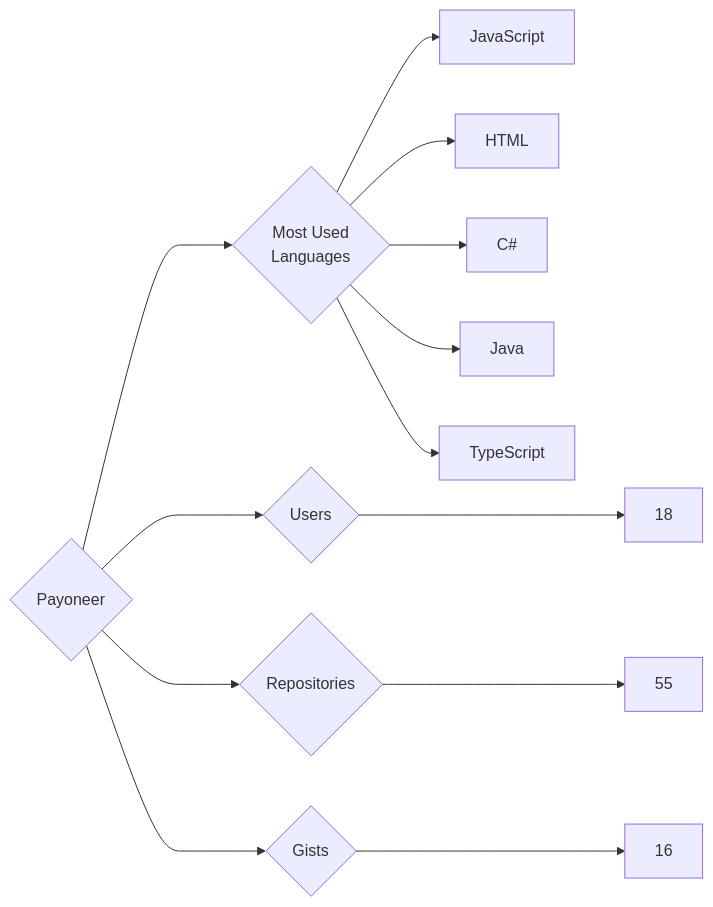
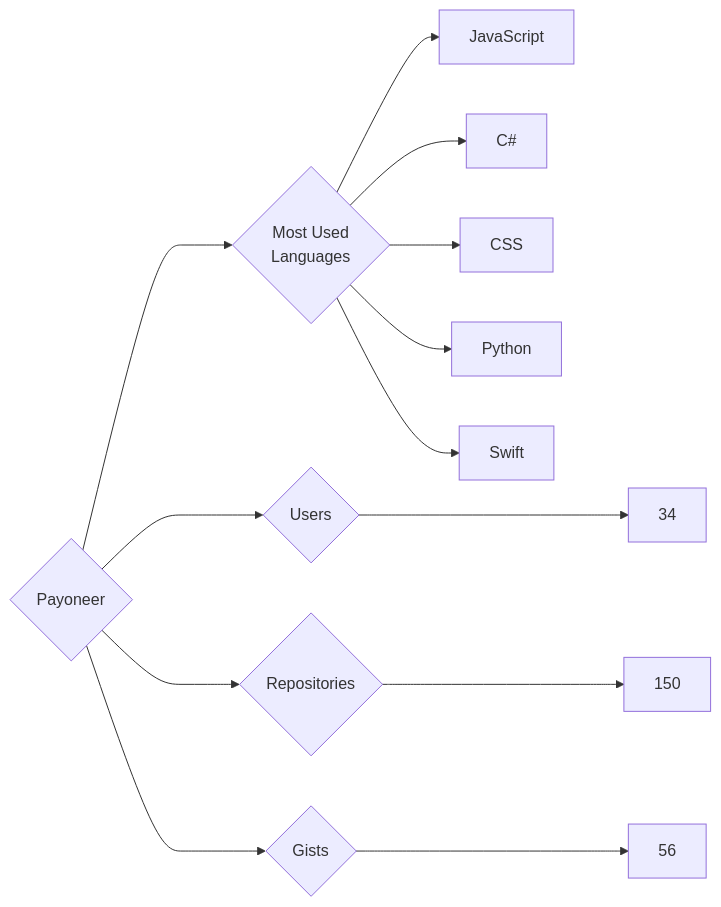
One commit to trickest/insiders changed the diagram in targets/Payoneer/README.md. Above: the diagram before and after it, drawn with Mermaid. The commit also changed 748 other files, not shown here.

````diff
--- a/targets/Payoneer/README.md
+++ b/targets/Payoneer/README.md
@@ -3,13 +3,13 @@
 ```mermaid
 graph LR
 COMPANY_NAME{Payoneer}
-COMPANY_NAME ---> U{Users} ---> UN[18]
-COMPANY_NAME ---> R{Repositories} ---> RN[55]
-COMPANY_NAME ---> G{Gists} ---> GN[16]
+COMPANY_NAME ---> U{Users} ---> UN[34]
+COMPANY_NAME ---> R{Repositories} ---> RN[150]
+COMPANY_NAME ---> G{Gists} ---> GN[56]
 COMPANY_NAME ---> ML{Most Used<br>Languages}
 ML --> JavaScript[JavaScript]
-ML --> HTML[HTML]
 ML --> C#[C#]
-ML --> Java[Java]
-ML --> TypeScript[TypeScript]
+ML --> CSS[CSS]
+ML --> Python[Python]
+ML --> Swift[Swift]
 ```
````
